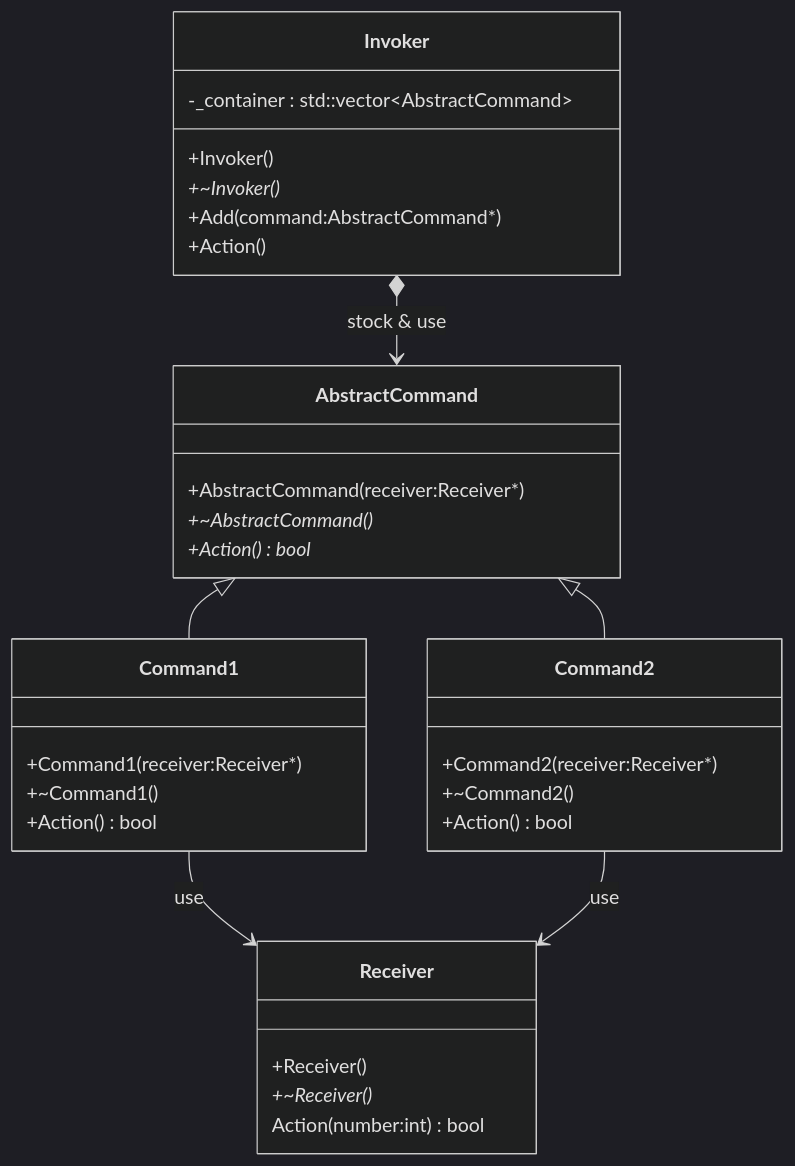
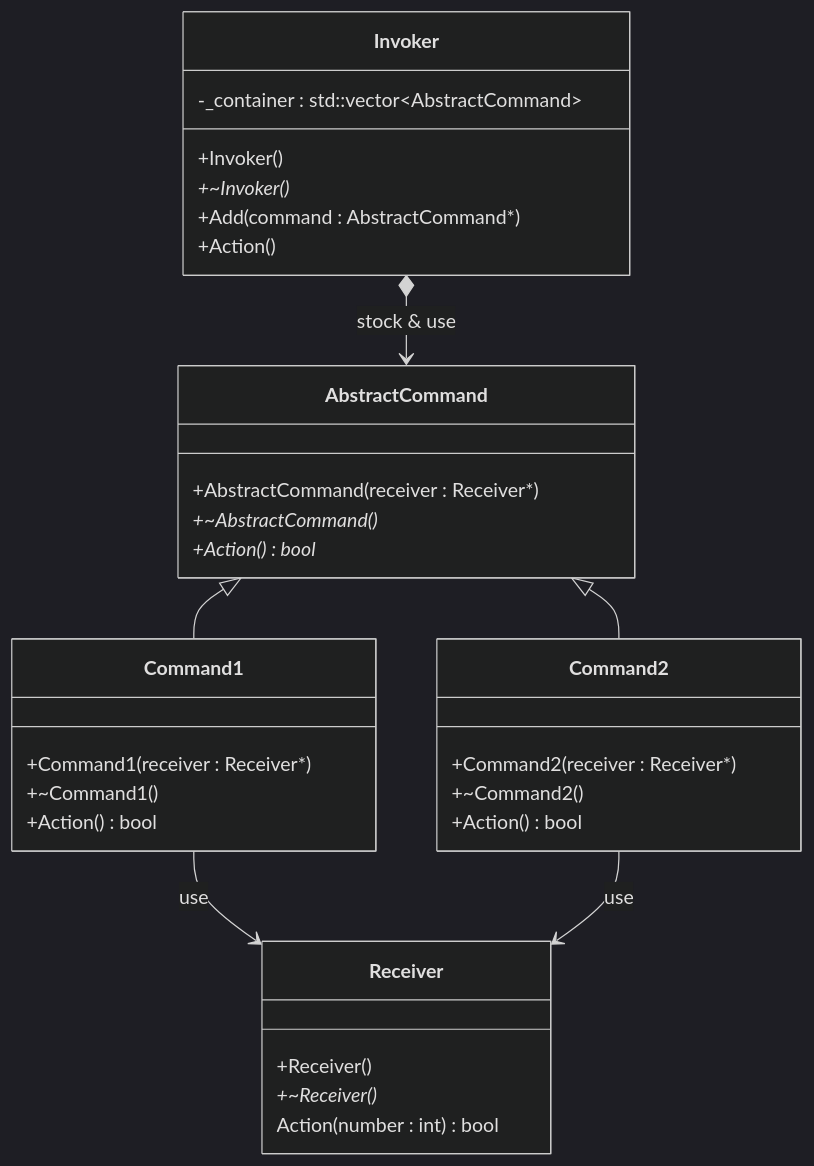
The diagram in PrimitiveDesign/Command.md (KumaKuma0421/DesignPatternSolution), drawn with Mermaid (dark theme) before and after one commit. The commit also changed 23 other files, not shown here.

````diff
--- a/PrimitiveDesign/Command.md
+++ b/PrimitiveDesign/Command.md
@@ -3,36 +3,37 @@
 ```mermaid
 classDiagram
 direction TB
   class Receiver {
     +Receiver()
     +~Receiver()*
-    Action(number:int) bool
+    Action(number : int) bool
   }
   class AbstractCommand {
-    +AbstractCommand(receiver:Receiver*)
+    +AbstractCommand(receiver : Receiver*)
     +~AbstractCommand()*
     +Action()* bool
   }
   class Command1 {
-    +Command1(receiver:Receiver*)
+    +Command1(receiver : Receiver*)
     +~Command1()
     +Action() bool
   }
   class Command2 {
-    +Command2(receiver:Receiver*)
+    +Command2(receiver : Receiver*)
     +~Command2()
     +Action() bool
   }
   class Invoker {
     -_container : std::vector~AbstractCommand~
     +Invoker()
     +~Invoker()*
-    +Add(command:AbstractCommand*)
+    +Add(command : AbstractCommand*)
     +Action()
   }
+  
   AbstractCommand <|-- Command1
   AbstractCommand <|-- Command2
   Command1 --> Receiver : use
   Command2 --> Receiver : use
   Invoker *--> AbstractCommand : stock & use
 ```
````
